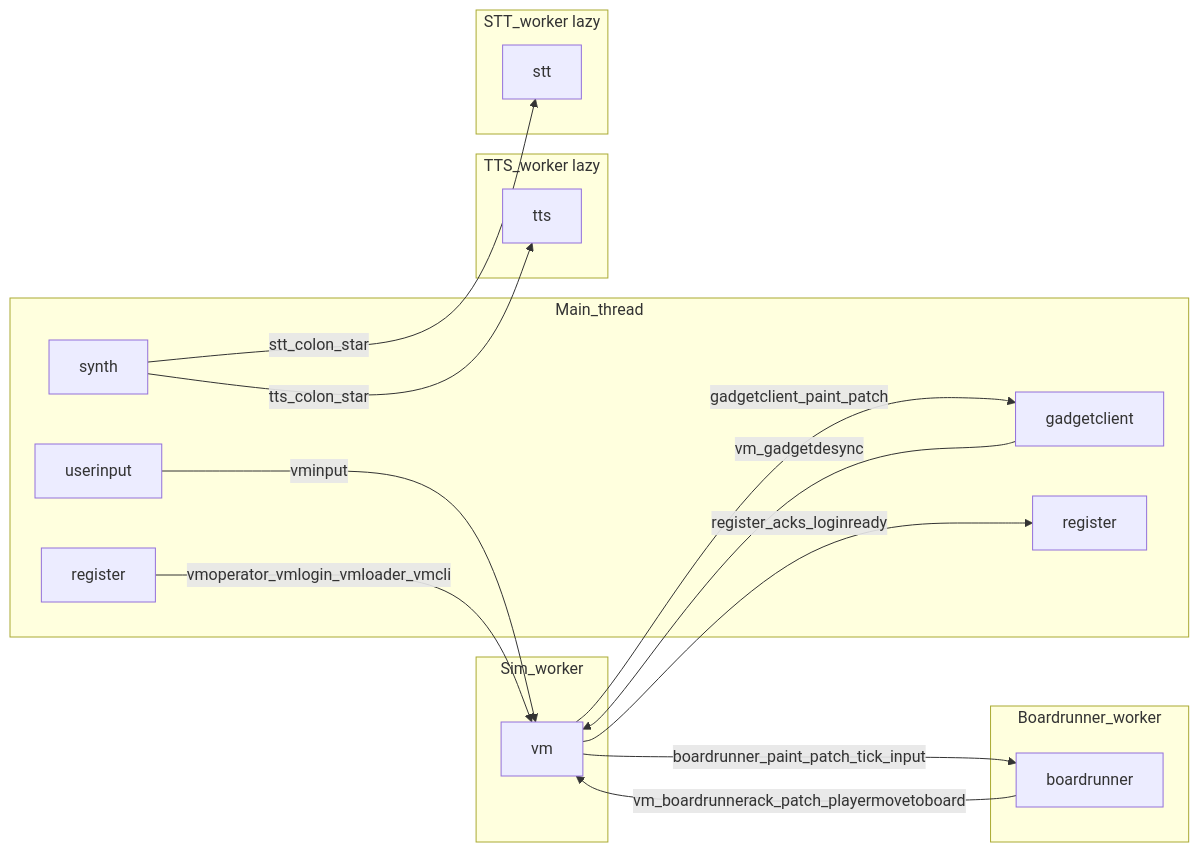
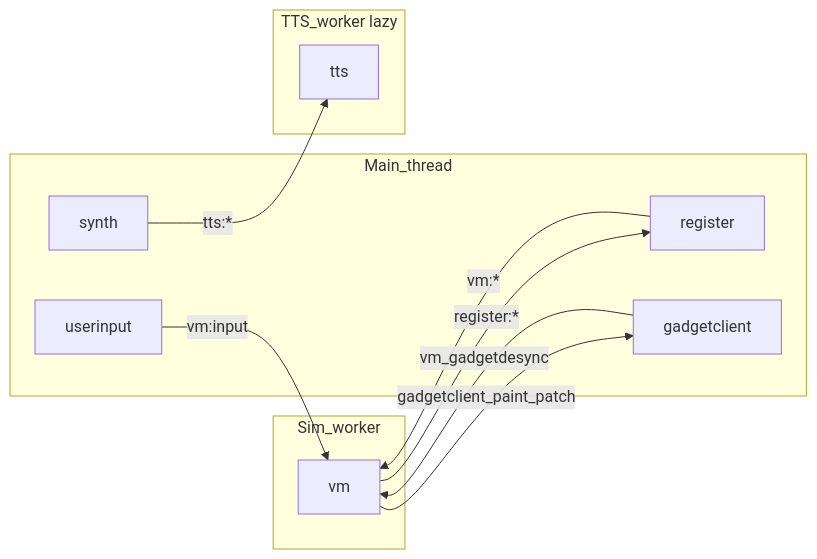
Before and after one commit to goldbuick/zed-software-system: the third of 3 diagrams in zss/device/docs/devices-and-messaging.mdx, drawn with Mermaid. The commit also changed other lines of this file and 340 other files, not shown here.

````diff
--- a/zss/device/docs/devices-and-messaging.mdx
+++ b/zss/device/docs/devices-and-messaging.mdx
@@ -174,31 +132,21 @@
 ```mermaid
 flowchart LR
   subgraph Main_thread [Main_thread]
     UI[userinput]
     RegIn[register]
     GC[gadgetclient]
-    RegOut[register]
     Sy[synth]
   end
   subgraph Sim_worker [Sim_worker]
     VM[vm]
   end
-  subgraph Boardrunner_worker [Boardrunner_worker]
-    Brd[boardrunner]
-  end
   subgraph TTS_worker [TTS_worker lazy]
     TTS[tts]
   end
-  subgraph STT_worker [STT_worker lazy]
-    STT[stt]
-  end
-  UI -->|vminput| VM
-  RegIn -->|vmoperator_vmlogin_vmloader_vmcli| VM
-  VM -->|register_acks_loginready| RegOut
+  UI -->|vm:input| VM
+  RegIn -->|vm:*| VM
+  VM -->|register:*| RegIn
   VM -->|gadgetclient_paint_patch| GC
   GC -->|vm_gadgetdesync| VM
-  VM -->|boardrunner_paint_patch_tick_input| Brd
-  Brd -->|vm_boardrunnerack_patch_playermovetoboard| VM
-  Sy -->|tts_colon_star| TTS
-  Sy -->|stt_colon_star| STT
+  Sy -->|tts:*| TTS
 ```
````
